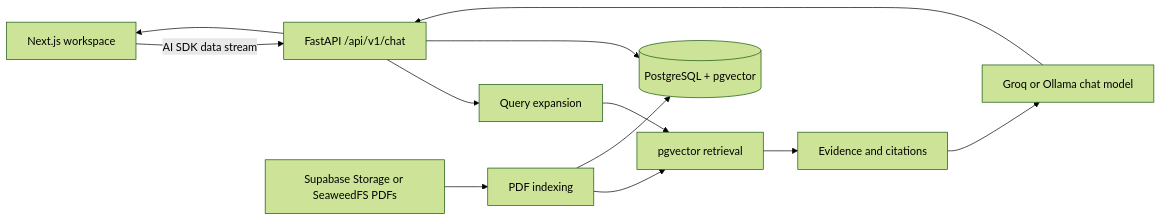
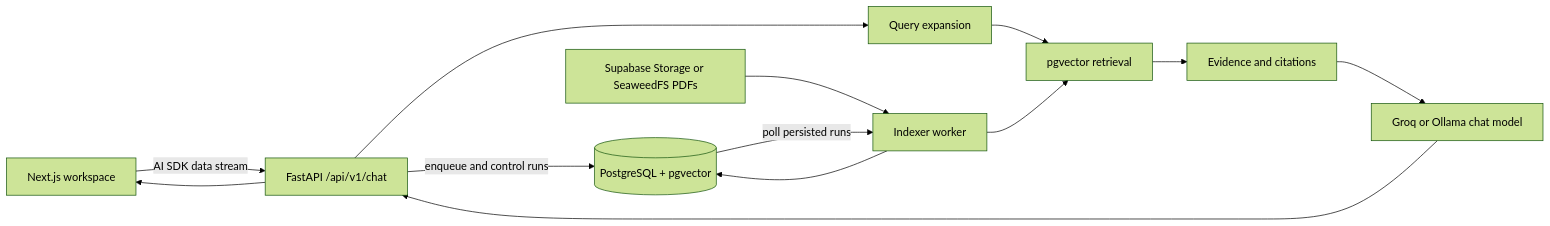
One commit to jeanpzh/digemid-farmacite-rag changed the first of 2 diagrams in README.md. Above: the diagram before and after it, drawn with Mermaid (forest theme). The commit also changed other lines of this file and 3 other files, not shown here.

````diff
--- a/README.md
+++ b/README.md
@@ -9,14 +9,15 @@
 ```mermaid
 flowchart LR
     Browser[Next.js workspace] -->|AI SDK data stream| API[FastAPI /api/v1/chat]
     API --> Queries[Query expansion]
     Queries --> Search[pgvector retrieval]
     Search --> Context[Evidence and citations]
     Context --> Model[Groq or Ollama chat model]
     Model --> API
     API --> Browser
-    ObjectStore[Supabase Storage or SeaweedFS PDFs] --> Indexer[PDF indexing]
+    API -->|enqueue and control runs| DB[(PostgreSQL + pgvector)]
+    DB -->|poll persisted runs| Indexer[Indexer worker]
+    ObjectStore[Supabase Storage or SeaweedFS PDFs] --> Indexer
     Indexer --> Search
-    API --> DB[(PostgreSQL + pgvector)]
     Indexer --> DB
 ```
````
